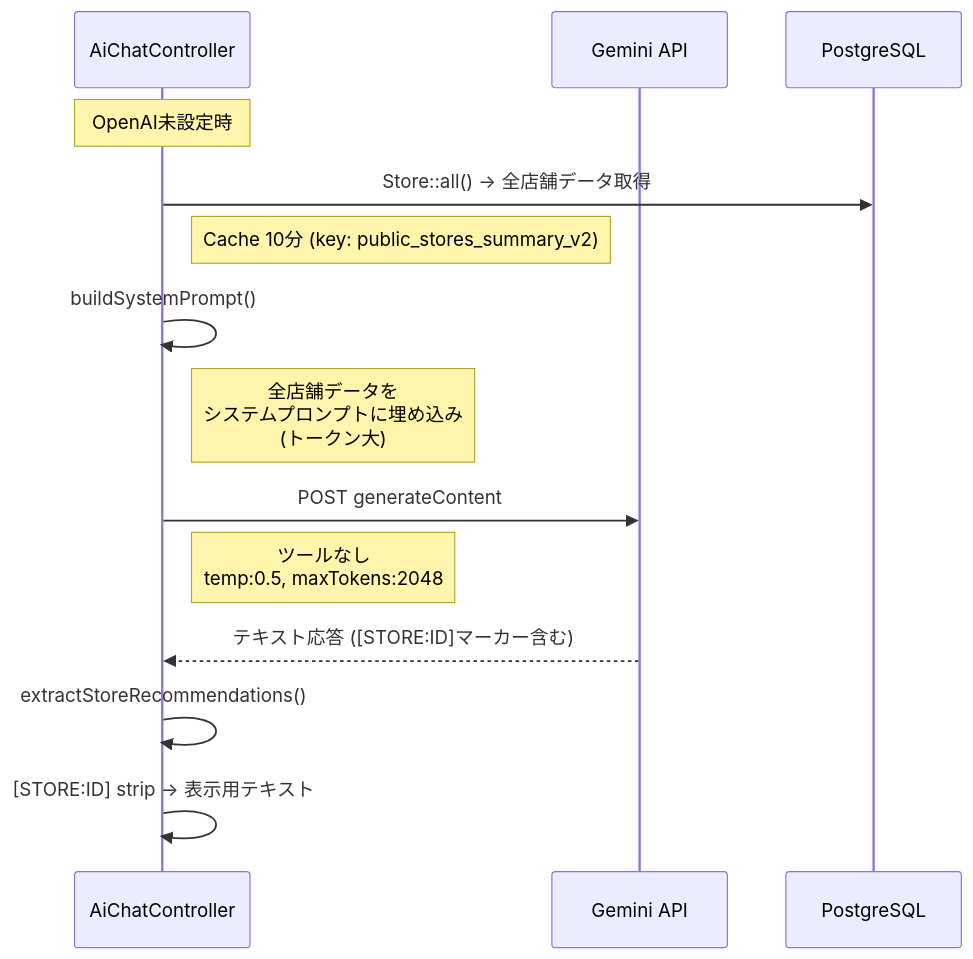
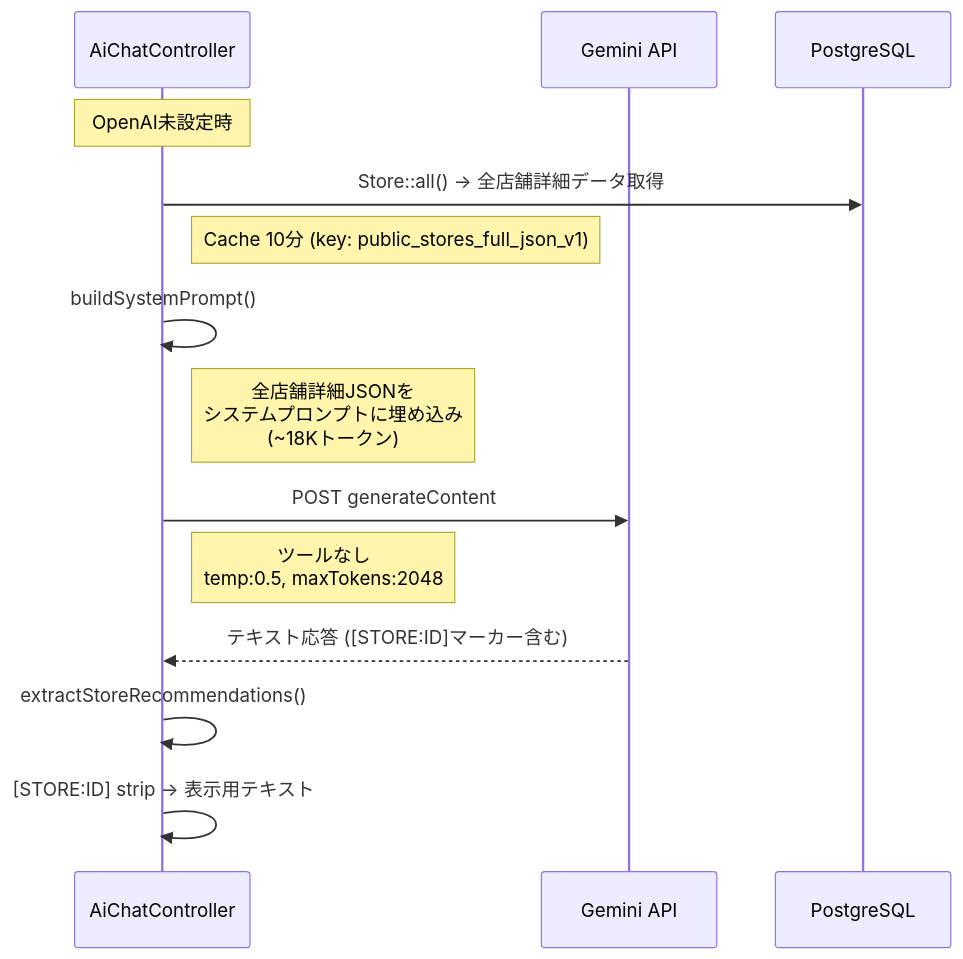
One commit to Tomo1380/recta2 changed the fourth of 4 diagrams in docs/ai-chat-architecture.md. Above: the diagram before and after it, drawn with Mermaid. The commit also changed other lines of this file and 22 other files, not shown here.

````diff
--- a/docs/ai-chat-architecture.md
+++ b/docs/ai-chat-architecture.md
@@ -153,20 +153,20 @@
 ```mermaid
 sequenceDiagram
     participant API as AiChatController
     participant GEM as Gemini API
     participant DB as PostgreSQL
 
     Note over API: OpenAI未設定時
 
-    API->>DB: Store::all() → 全店舗データ取得
-    Note right of API: Cache 10分 (key: public_stores_summary_v2)
+    API->>DB: Store::all() → 全店舗詳細データ取得
+    Note right of API: Cache 10分 (key: public_stores_full_json_v1)
     API->>API: buildSystemPrompt()
-    Note right of API: 全店舗データを<br/>システムプロンプトに埋め込み<br/>(トークン大)
+    Note right of API: 全店舗詳細JSONを<br/>システムプロンプトに埋め込み<br/>(~18Kトークン)
 
     API->>GEM: POST generateContent
     Note right of API: ツールなし<br/>temp:0.5, maxTokens:2048
 
     GEM-->>API: テキスト応答 ([STORE:ID]マーカー含む)
     API->>API: extractStoreRecommendations()
     API->>API: [STORE:ID] strip → 表示用テキスト
 ```
````
